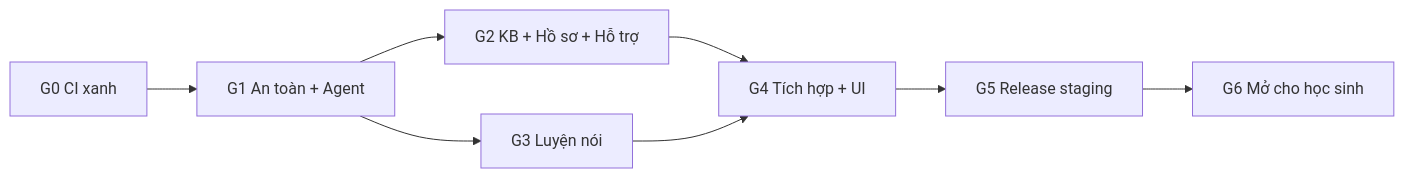
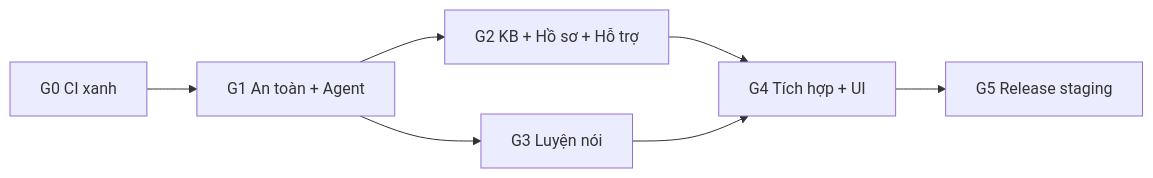
One commit to mhiu05/MoodPrint changed the diagram in docs/moodprint-school-safety/00-executive-summary.md. Above: the diagram before and after it, drawn with Mermaid. The commit also changed other lines of this file and 22 other files, not shown here.

````diff
--- a/docs/moodprint-school-safety/00-executive-summary.md
+++ b/docs/moodprint-school-safety/00-executive-summary.md
@@ -57,10 +57,9 @@
 ```mermaid
 flowchart LR
     G0[G0 CI xanh] --> G1[G1 An toàn + Agent]
     G1 --> G2[G2 KB + Hồ sơ + Hỗ trợ]
     G1 --> G3[G3 Luyện nói]
     G2 --> G4[G4 Tích hợp + UI]
     G3 --> G4
     G4 --> G5[G5 Release staging]
-    G5 --> G6[G6 Mở cho học sinh]
 ```
````
